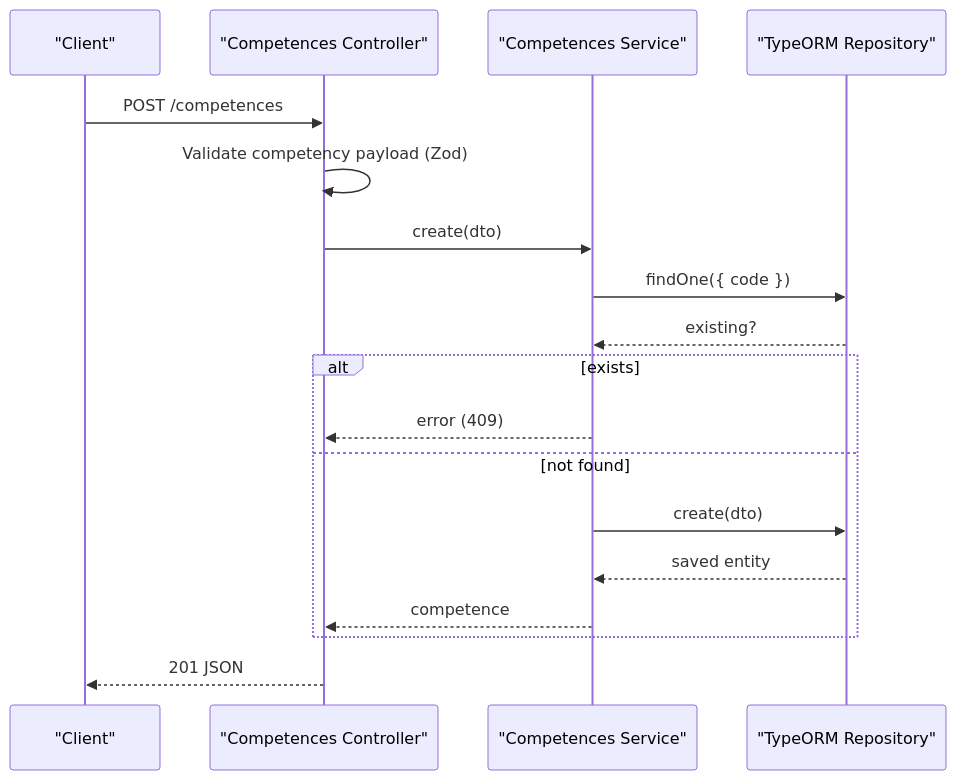
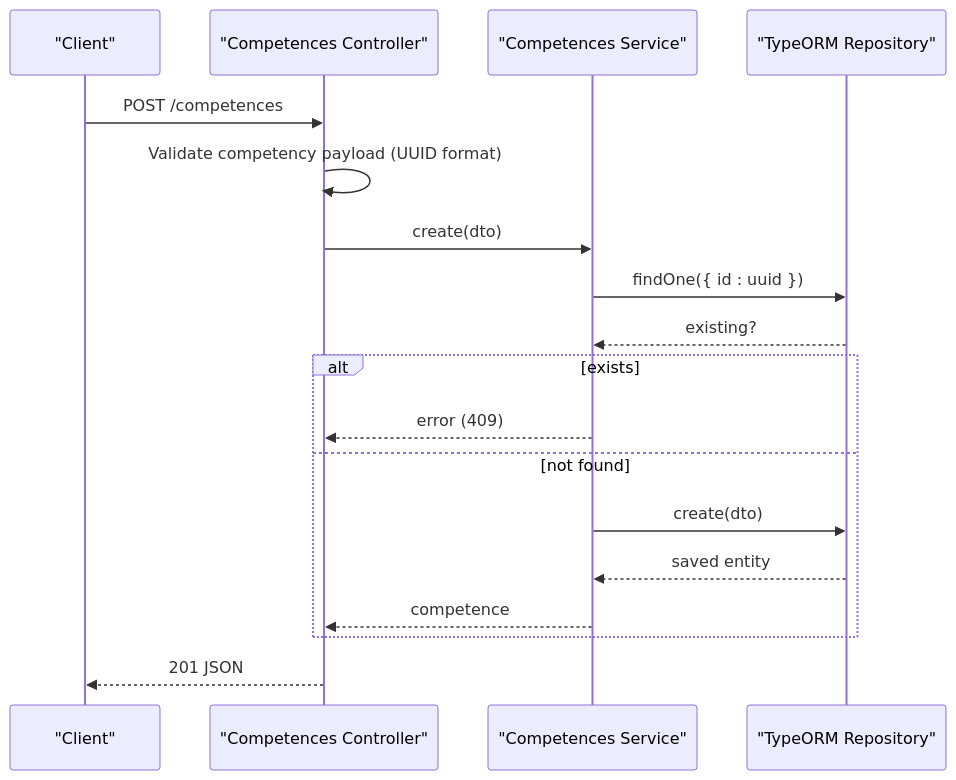
The second of 10 diagrams in .qoder/repowiki/en/content/Modules & Features/Academic Modules/Curriculum Structure (Cycles & Levels).md (franckylab/eLISAschool), drawn with Mermaid before and after one commit. The commit also changed other lines of this file and 95 other files, not shown here.

First line of the commit message:
refactor(architecture): corriger la source de vérité des informations établissement

````diff
--- a/.qoder/repowiki/en/content/Modules & Features/Academic Modules/Curriculum Structure (Cycles & Levels).md
+++ b/.qoder/repowiki/en/content/Modules & Features/Academic Modules/Curriculum Structure (Cycles & Levels).md
@@ -159,20 +161,20 @@
 ```mermaid
 sequenceDiagram
 participant Client as "Client"
 participant Ctrl as "Competences Controller"
 participant Svc as "Competences Service"
 participant Repo as "TypeORM Repository"
 Client->>Ctrl : POST /competences
-Ctrl->>Ctrl : Validate competency payload (Zod)
+Ctrl->>Ctrl : Validate competency payload (UUID format)
 Ctrl->>Svc : create(dto)
-Svc->>Repo : findOne({ code })
+Svc->>Repo : findOne({ id : uuid })
 Repo-->>Svc : existing?
 alt exists
 Svc-->>Ctrl : error (409)
 else not found
 Svc->>Repo : create(dto)
 Repo-->>Svc : saved entity
 Svc-->>Ctrl : competence
 end
 Ctrl-->>Client : 201 JSON
 ```
````
